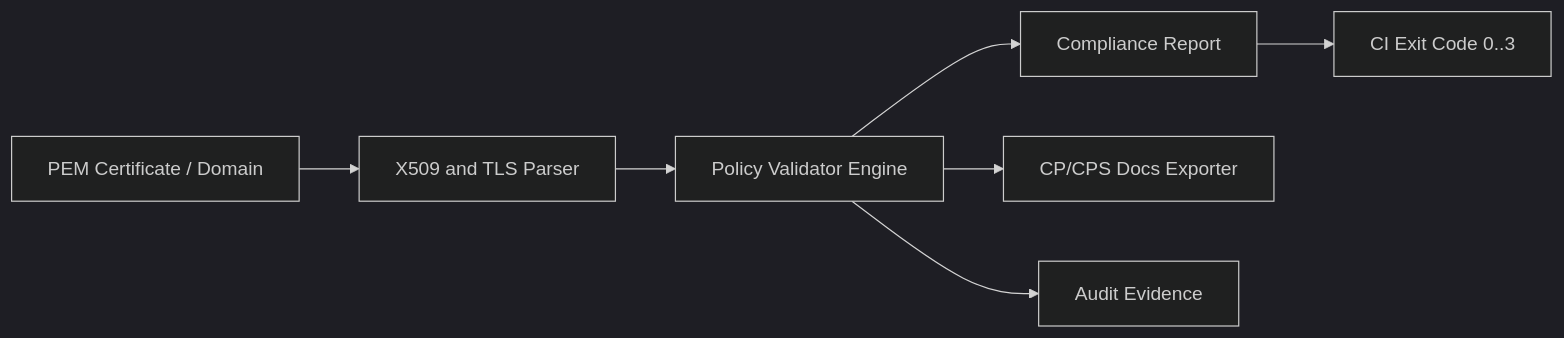
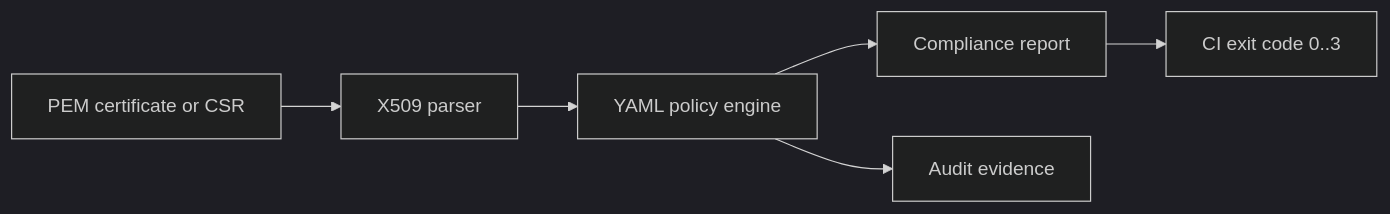
The diagram in README.md (actions-marketplace-validations/thulisa-n_pki-compliance-gate), drawn with Mermaid (dark theme) before and after one commit. The commit also changed other lines of this file and 30 other files, not shown here.

````diff
--- a/README.md
+++ b/README.md
@@ -155,9 +164,8 @@
 ```mermaid
 flowchart LR
-    A[PEM Certificate / Domain] --> B[X509 and TLS Parser]
-    B --> C[Policy Validator Engine]
-    C --> D[Compliance Report]
-    C --> E[CP/CPS Docs Exporter]
-    C --> F[Audit Evidence]
-    D --> G[CI Exit Code 0..3]
+    A[PEM certificate or CSR] --> B[X509 parser]
+    B --> C[YAML policy engine]
+    C --> D[Compliance report]
+    C --> E[Audit evidence]
+    D --> F[CI exit code 0..3]
 ```
````
